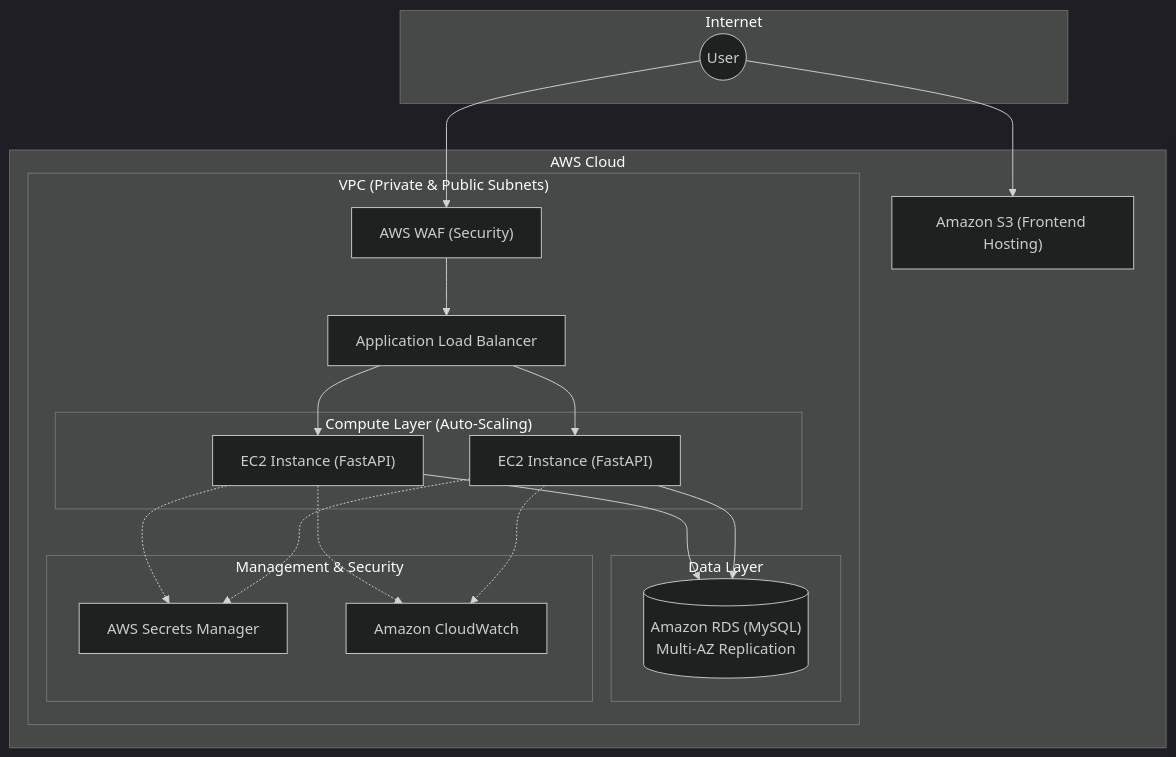
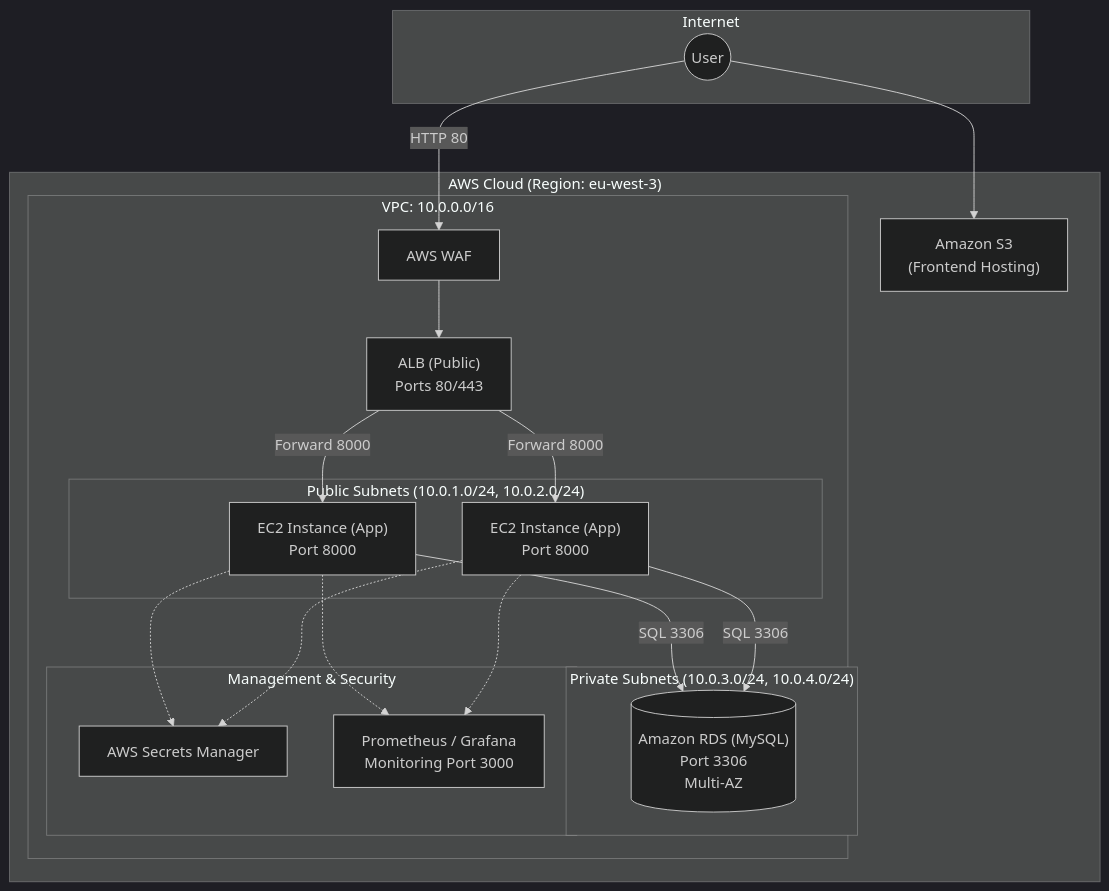
The third of 3 diagrams in PROJECT_ARCHITECTURE.md (se8ge/Migration-d-une-application-On-premise), drawn with Mermaid (dark theme) before and after one commit. The commit also changed other lines of this file and 4 other files, not shown here.

Commit message:
docs: finalize architecture documentation with annotations and organize docs folder

````diff
--- a/PROJECT_ARCHITECTURE.md
+++ b/PROJECT_ARCHITECTURE.md
@@ -75,38 +75,38 @@
 ```mermaid
 flowchart TB
     subgraph Internet
         User((User))
     end
 
-    subgraph "AWS Cloud"
-        S3["Amazon S3 (Frontend Hosting)"]
+    subgraph "AWS Cloud (Region: eu-west-3)"
+        S3["Amazon S3<br/>(Frontend Hosting)"]
         
-        subgraph "VPC (Private & Public Subnets)"
-            WAF["AWS WAF (Security)"]
-            ALB["Application Load Balancer"]
+        subgraph "VPC: 10.0.0.0/16"
+            WAF["AWS WAF"]
+            ALB["ALB (Public)<br/>Ports 80/443"]
             
-            subgraph "Compute Layer (Auto-Scaling)"
-                EC2_1["EC2 Instance (FastAPI)"]
-                EC2_2["EC2 Instance (FastAPI)"]
+            subgraph "Public Subnets (10.0.1.0/24, 10.0.2.0/24)"
+                EC2_1["EC2 Instance (App)<br/>Port 8000"]
+                EC2_2["EC2 Instance (App)<br/>Port 8000"]
             end
             
-            subgraph "Data Layer"
-                RDS[("Amazon RDS (MySQL)<br/>Multi-AZ Replication")]
+            subgraph "Private Subnets (10.0.3.0/24, 10.0.4.0/24)"
+                RDS[("Amazon RDS (MySQL)<br/>Port 3306<br/>Multi-AZ")]
             end
             
             subgraph "Management & Security"
                 Secrets["AWS Secrets Manager"]
-                Logs["Amazon CloudWatch"]
+                PROM["Prometheus / Grafana<br/>Monitoring Port 3000"]
             end
         end
     end
 
     User --> S3
-    User --> WAF
+    User -->|HTTP 80| WAF
     WAF --> ALB
-    ALB --> EC2_1
-    ALB --> EC2_2
-    EC2_1 & EC2_2 --> RDS
+    ALB -->|Forward 8000| EC2_1
+    ALB -->|Forward 8000| EC2_2
+    EC2_1 & EC2_2 -->|SQL 3306| RDS
     EC2_1 & EC2_2 -.-> Secrets
-    EC2_1 & EC2_2 -.-> Logs
+    EC2_1 & EC2_2 -.-> PROM
 ```
````
